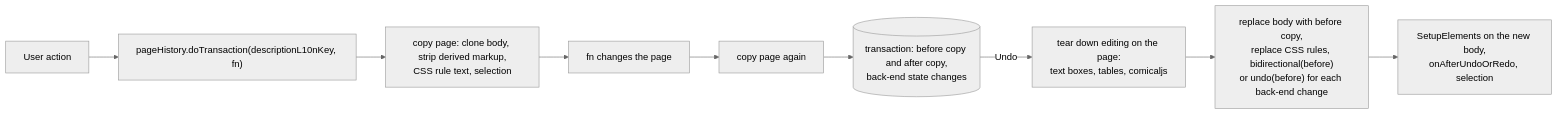
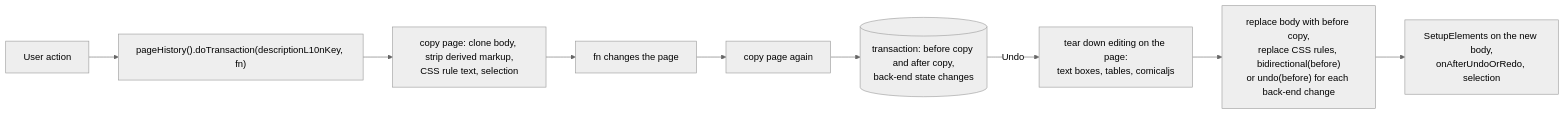
One commit to BloomBooks/BloomDesktop changed the second of 10 diagrams in docs/undo/APPROACHES.md. Above: the diagram before and after it, drawn with Mermaid (neutral theme). The commit also changed other lines of this file and 4 other files, not shown here.

First line of the commit message:
Bring the undo design docs up to date with the built page history

````diff
--- a/docs/undo/APPROACHES.md
+++ b/docs/undo/APPROACHES.md
@@ -998,11 +1060,11 @@
 ```mermaid
 flowchart LR
-  A["User action"] --> B["pageHistory.doTransaction(descriptionL10nKey, fn)"]
+  A["User action"] --> B["pageHistory().doTransaction(descriptionL10nKey, fn)"]
   B --> C["copy page: clone body, strip derived markup,<br/>CSS rule text, selection"]
   C --> D["fn changes the page"]
   D --> E["copy page again"]
   E --> F[("transaction: before copy and after copy,<br/>back-end state changes")]
   F -- "Undo" --> G["tear down editing on the page:<br/>text boxes, tables, comicaljs"]
   G --> H["replace body with before copy,<br/>replace CSS rules, bidirectional(before)<br/>or undo(before) for each back-end change"]
   H --> I["SetupElements on the new body,<br/>onAfterUndoOrRedo, selection"]
 ```
````
